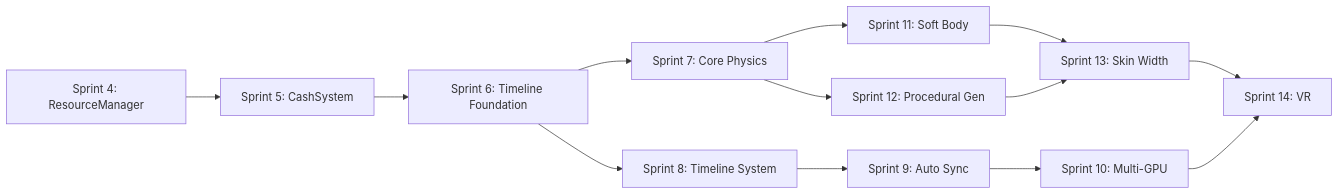
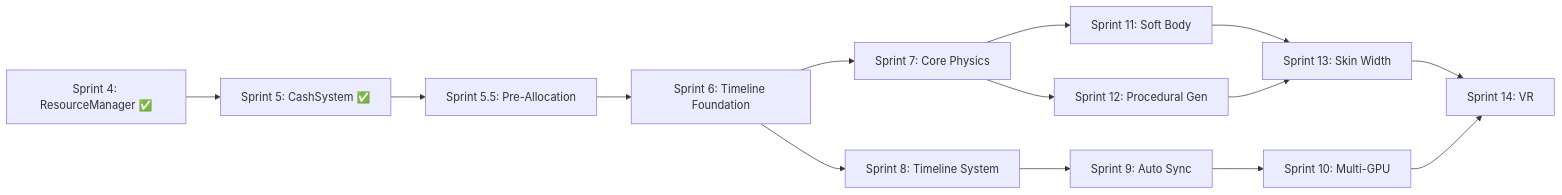
The diagram in VIXEN/Vixen-Docs/05-Progress/Production-Roadmap-2026.md (Lint111/VBVS--VIXEN), drawn with Mermaid before and after one commit. The commit also changed other lines of this file and 13 other files, not shown here.

First line of the commit message:
feat(Sprint5.5): Pre-allocation hardening - Tasks #300, #301, #302

````diff
--- a/VIXEN/Vixen-Docs/05-Progress/Production-Roadmap-2026.md
+++ b/VIXEN/Vixen-Docs/05-Progress/Production-Roadmap-2026.md
@@ -414,15 +415,16 @@
 ```mermaid
 graph LR
-    S4[Sprint 4: ResourceManager] --> S5[Sprint 5: CashSystem]
-    S5 --> S6[Sprint 6: Timeline Foundation]
+    S4[Sprint 4: ResourceManager ✅] --> S5[Sprint 5: CashSystem ✅]
+    S5 --> S5_5[Sprint 5.5: Pre-Allocation]
+    S5_5 --> S6[Sprint 6: Timeline Foundation]
     S6 --> S7[Sprint 7: Core Physics]
     S6 --> S8[Sprint 8: Timeline System]
     S8 --> S9[Sprint 9: Auto Sync]
     S9 --> S10[Sprint 10: Multi-GPU]
     S7 --> S11[Sprint 11: Soft Body]
     S7 --> S12[Sprint 12: Procedural Gen]
     S11 --> S13[Sprint 13: Skin Width]
     S12 --> S13
     S13 --> S14[Sprint 14: VR]
     S10 --> S14
 ```
````
